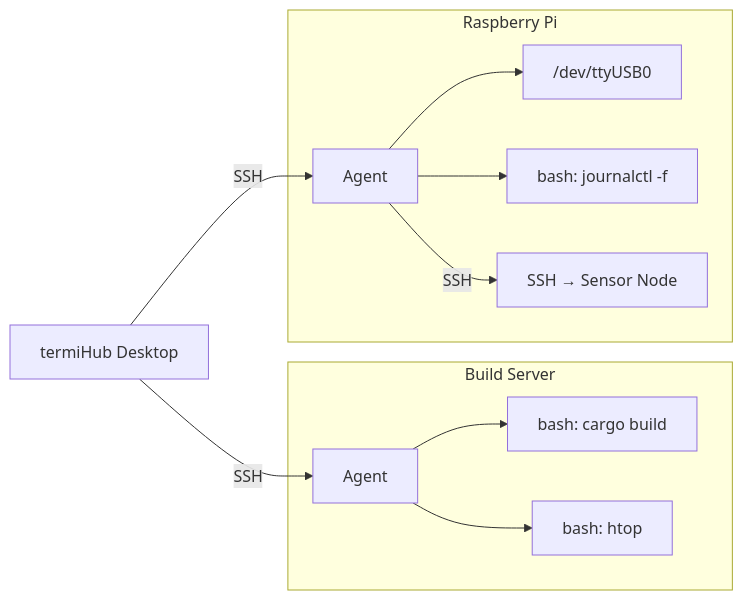
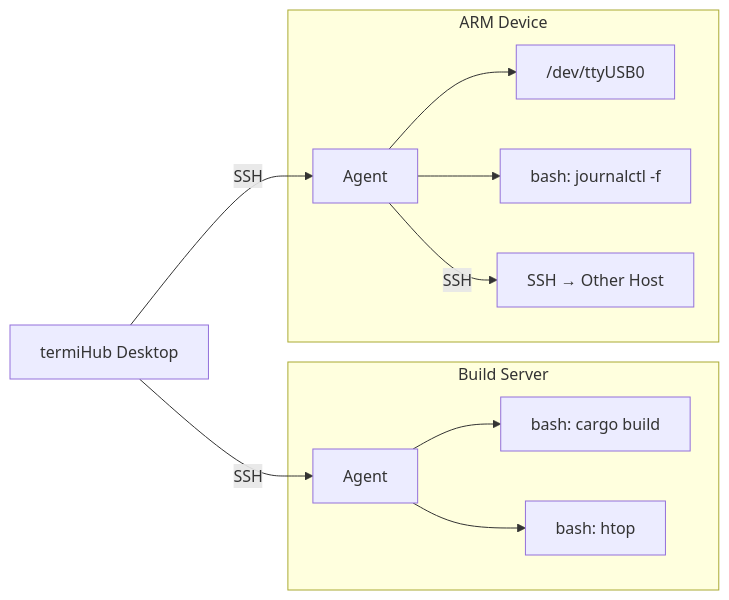
Before and after one commit to armaxri/termiHub: the first of 17 diagrams in docs/concepts/handled/agent.md, drawn with Mermaid. The commit also changed other lines of this file and 8 other files, not shown here.

````diff
--- a/docs/concepts/handled/agent.md
+++ b/docs/concepts/handled/agent.md
@@ -20,25 +20,25 @@
 ```mermaid
 graph LR
     Desktop[termiHub Desktop]
 
     subgraph "Build Server"
         AgentA[Agent]
         ShellA1[bash: cargo build]
         ShellA2[bash: htop]
     end
 
-    subgraph "Raspberry Pi"
+    subgraph "ARM Device"
         AgentB[Agent]
         SerialB1["/dev/ttyUSB0"]
         ShellB1["bash: journalctl -f"]
-        SSHTarget["SSH → Sensor Node"]
+        SSHTarget["SSH → Other Host"]
     end
 
     Desktop -- SSH --> AgentA
     Desktop -- SSH --> AgentB
     AgentA --> ShellA1
     AgentA --> ShellA2
     AgentB --> SerialB1
     AgentB --> ShellB1
     AgentB -- SSH --> SSHTarget
 ```
````
